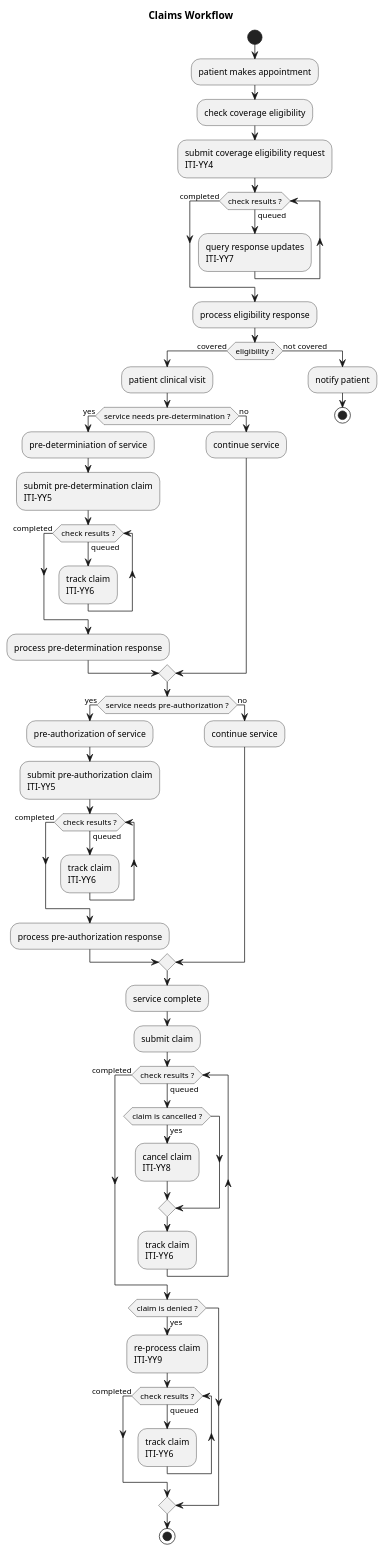
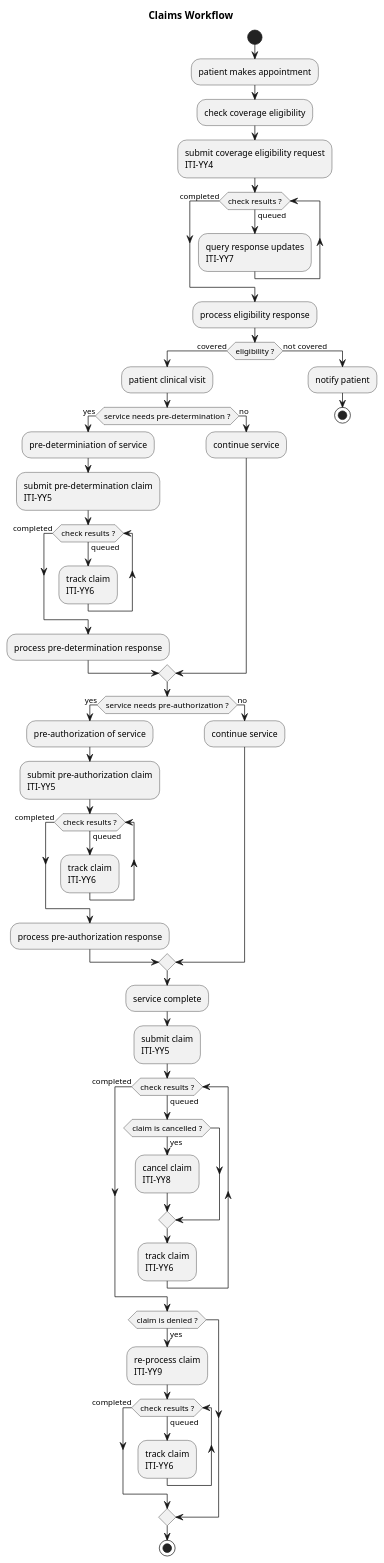
Before and after one commit to IHE/ITI.Finance: the diagram in input/images-source/overview-visit.plantuml, drawn with PlantUML.

Commit message:
Added transaction to overview workflow.

```diff
--- a/input/images-source/overview-visit.plantuml
+++ b/input/images-source/overview-visit.plantuml
@@ -1,55 +1,55 @@
 @startuml
 
 title Claims Workflow
 
 start
 :patient makes appointment;
 :check coverage eligibility;
 :submit coverage eligibility request\nITI-YY4;
 while (check results ?) is (queued)
   :query response updates\nITI-YY7;
 endwhile (completed)
 :process eligibility response;
 if (eligibility ?) then (covered)
   :patient clinical visit;
 
   if (service needs pre-determination ?) then (yes)
     :pre-determiniation of service;
     :submit pre-determination claim\nITI-YY5;
     while (check results ?) is (queued)
       :track claim\nITI-YY6;
     endwhile (completed)
     :process pre-determination response;
   else (no)
     :continue service;
   endif 
   if (service needs pre-authorization ?) then (yes)
   :pre-authorization of service;
   :submit pre-authorization claim\nITI-YY5;
   while (check results ?) is (queued)
     :track claim\nITI-YY6;
   endwhile (completed)
   :process pre-authorization response;
   else (no)
     :continue service;
   endif
   :service complete;
-  :submit claim;
+  :submit claim\nITI-YY5;
   while (check results ?) is (queued)
     if (claim is cancelled ?) then (yes)
       :cancel claim\nITI-YY8;
     endif
     :track claim\nITI-YY6;
   endwhile (completed)
   if (claim is denied ?) then (yes)
     :re-process claim\nITI-YY9;
     while (check results ?) is (queued)
       :track claim\nITI-YY6;
     endwhile (completed)
   endif
   stop
 else (not covered)
   :notify patient;
   stop
 
 @enduml
```
